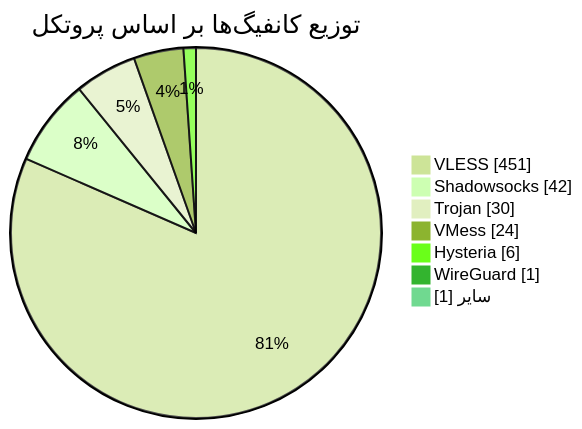
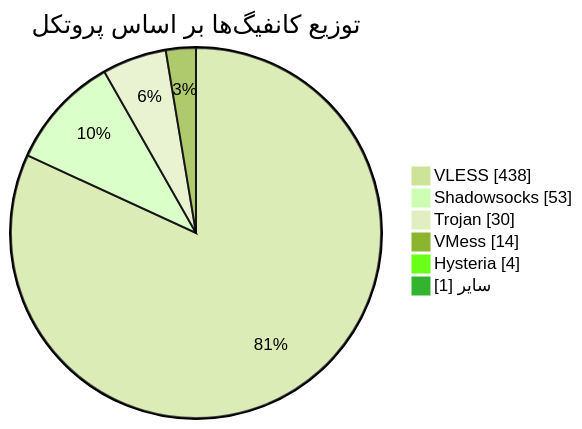
Before and after one commit to Arian-Alijani/Somthing: the diagram in README.md, drawn with Mermaid (forest theme). The commit also changed other lines of this file and 73 other files, not shown here.

````diff
--- a/README.md
+++ b/README.md
@@ -49,11 +48,10 @@
 ```mermaid
 pie showData
     title توزیع کانفیگ‌ها بر اساس پروتکل
-    "VLESS" : 451
-    "Shadowsocks" : 42
+    "VLESS" : 438
+    "Shadowsocks" : 53
     "Trojan" : 30
-    "VMess" : 24
-    "Hysteria" : 6
-    "WireGuard" : 1
+    "VMess" : 14
+    "Hysteria" : 4
     "سایر" : 1
 ```
````
